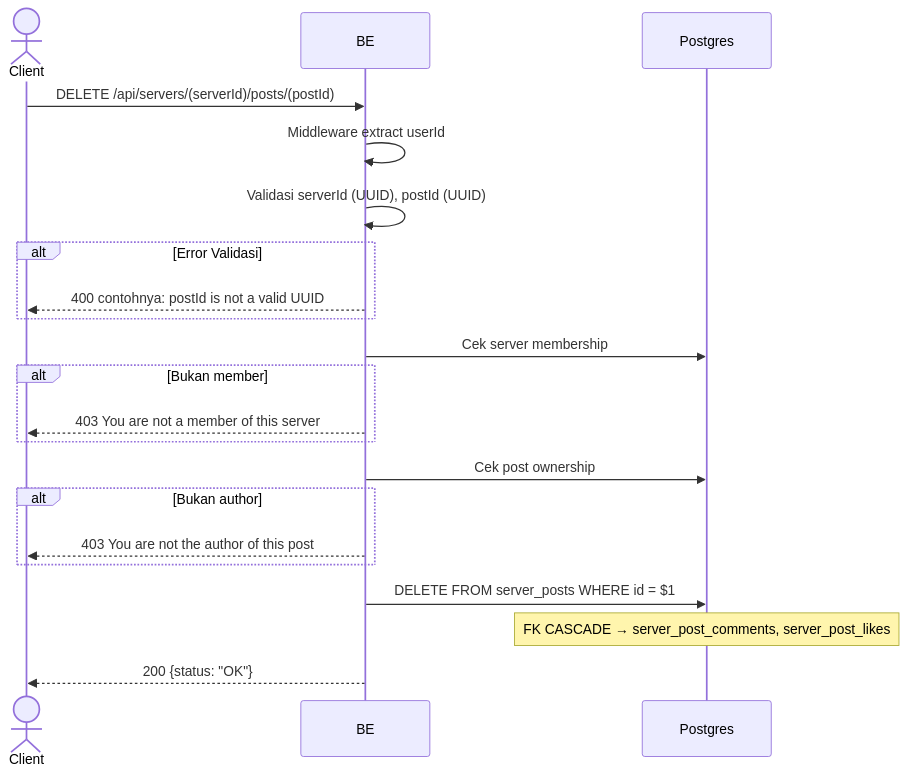
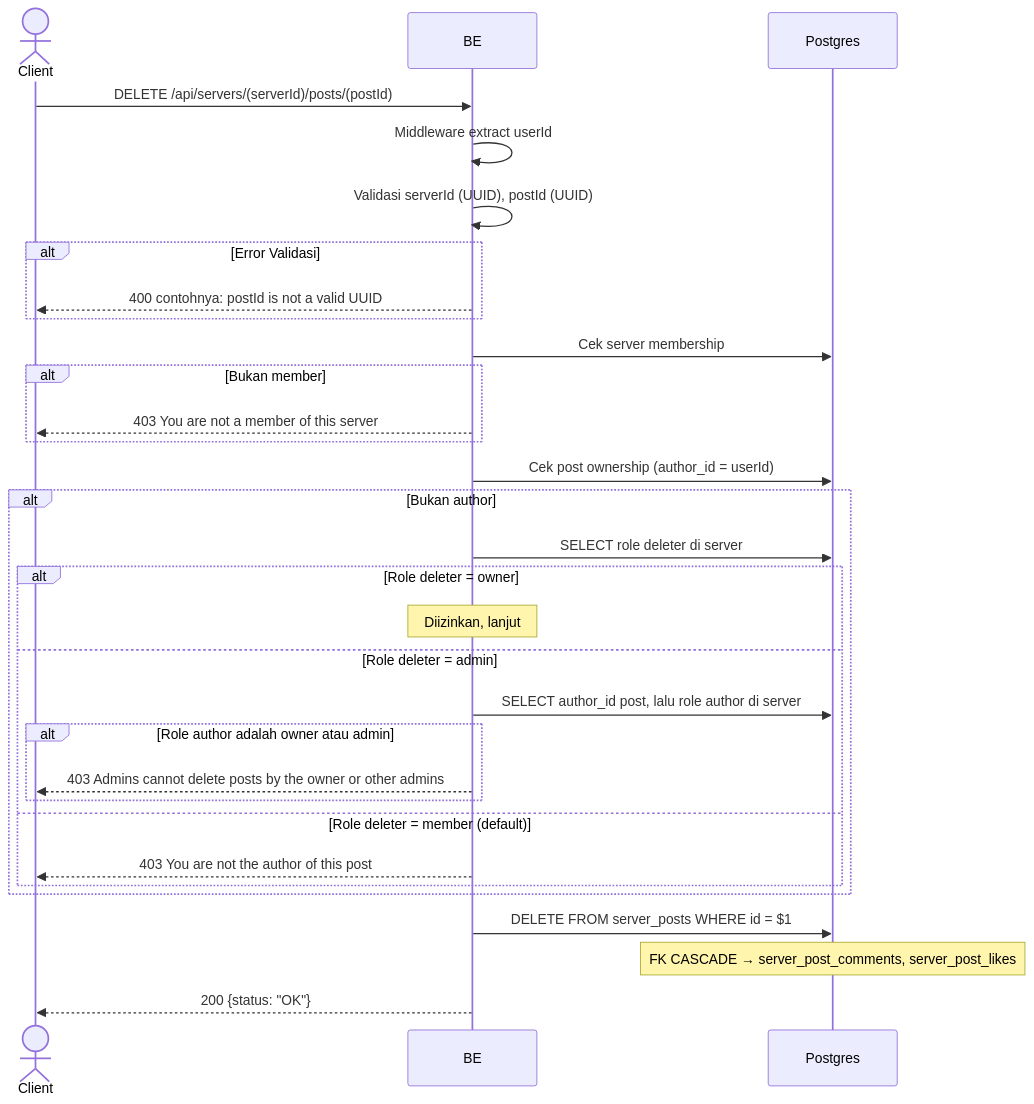
One commit to ferdian3456/virdanproject changed the diagram in docs/flows/id/delete_post.md. Above: the diagram before and after it, drawn with Mermaid. The commit also changed other lines of this file and 67 other files, not shown here.

First line of the commit message:
Audit and fix API flow docs; add missing Payment/Chat documentation (#42)

````diff
--- a/docs/flows/id/delete_post.md
+++ b/docs/flows/id/delete_post.md
@@ -13,24 +13,34 @@
 ```mermaid
 sequenceDiagram
     actor Client
     participant BE
     participant Postgres
 
     Client->>BE: DELETE /api/servers/(serverId)/posts/(postId)
     BE->>BE: Middleware extract userId
     BE->>BE: Validasi serverId (UUID), postId (UUID)
     alt Error Validasi
         BE-->>Client: 400 contohnya: postId is not a valid UUID
     end
     BE->>Postgres: Cek server membership
     alt Bukan member
         BE-->>Client: 403 You are not a member of this server
     end
-    BE->>Postgres: Cek post ownership
+    BE->>Postgres: Cek post ownership (author_id = userId)
     alt Bukan author
-        BE-->>Client: 403 You are not the author of this post
+        BE->>Postgres: SELECT role deleter di server
+        alt Role deleter = owner
+            note over BE: Diizinkan, lanjut
+        else Role deleter = admin
+            BE->>Postgres: SELECT author_id post, lalu role author di server
+            alt Role author adalah owner atau admin
+                BE-->>Client: 403 Admins cannot delete posts by the owner or other admins
+            end
+        else Role deleter = member (default)
+            BE-->>Client: 403 You are not the author of this post
+        end
     end
     BE->>Postgres: DELETE FROM server_posts WHERE id = $1
     note over Postgres: FK CASCADE → server_post_comments, server_post_likes
     BE-->>Client: 200 {status: "OK"}
 ```
````
